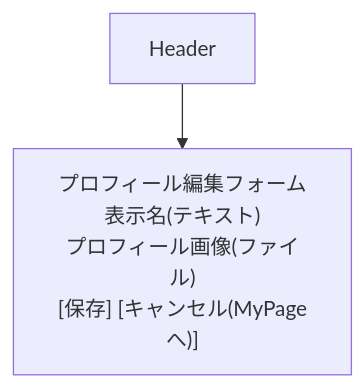
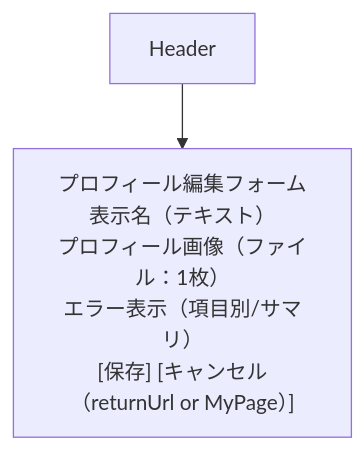
The fifth of 23 diagrams in docs/ui-wireframe.md (Cat5Dog2/PetHealthManagement), drawn with Mermaid before and after one commit. The commit also changed other lines of this file, not shown here.

````diff
--- a/docs/ui-wireframe.md
+++ b/docs/ui-wireframe.md
@@ -31,6 +81,7 @@
 ```mermaid
 flowchart TB
   Header["Header"]
-  Form["プロフィール編集フォーム<br/>表示名(テキスト)<br/>プロフィール画像(ファイル)<br/>[保存] [キャンセル(MyPageへ)]"]
+  Form["プロフィール編集フォーム<br/>表示名（テキスト）<br/>プロフィール画像（ファイル：1枚）<br/>エラー表示（項目別/サマリ）<br/>[保存] [キャンセル（returnUrl or MyPage）]"]
+
   Header --> Form
 ```
````
